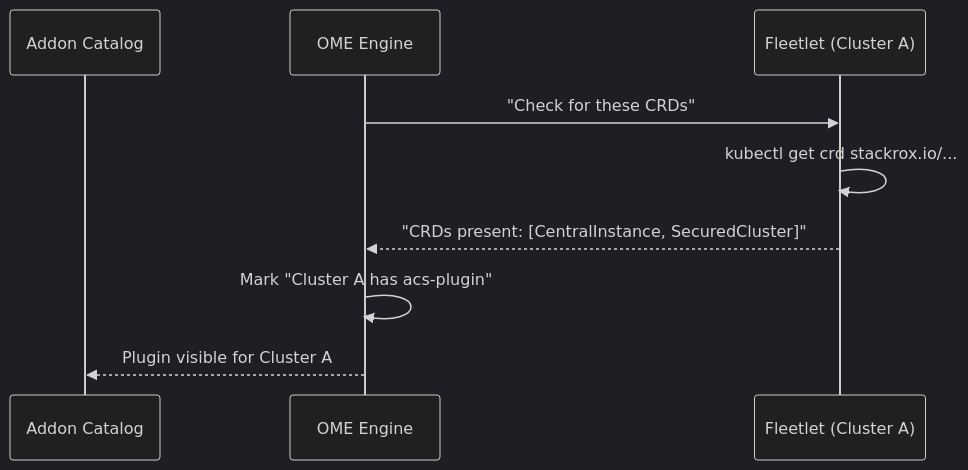
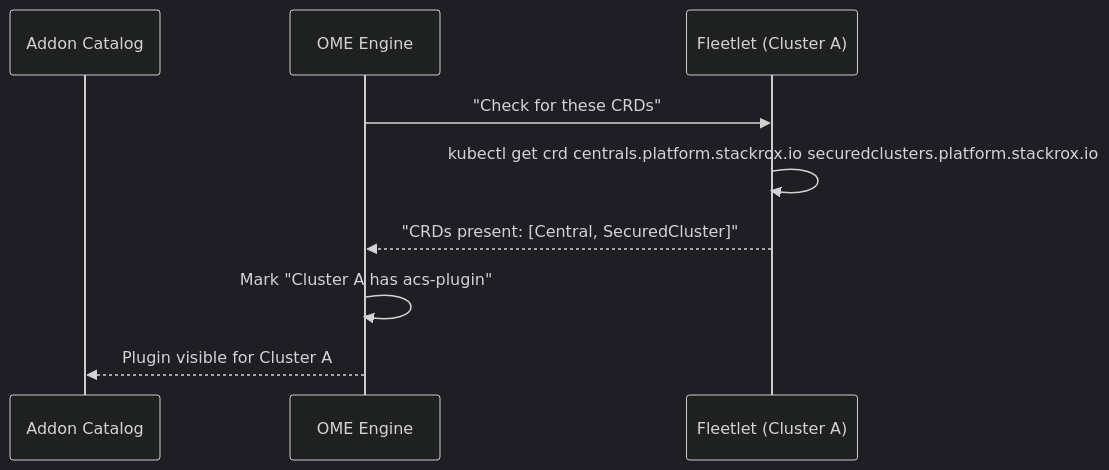
Before and after one commit to fleetshift/fleetshift-poc: the tenth of 11 diagrams in docs/design/addon-ui-architecture.md, drawn with Mermaid (dark theme). The commit also changed other lines of this file and 9 other files, not shown here.

````diff
--- a/docs/design/addon-ui-architecture.md
+++ b/docs/design/addon-ui-architecture.md
@@ -745,12 +746,12 @@
 ```mermaid
 sequenceDiagram
     participant Catalog as Addon Catalog
     participant OME as OME Engine
     participant Fleetlet as Fleetlet (Cluster A)
 
     OME->>Fleetlet: "Check for these CRDs"
-    Fleetlet->>Fleetlet: kubectl get crd stackrox.io/...
-    Fleetlet-->>OME: "CRDs present: [CentralInstance, SecuredCluster]"
+    Fleetlet->>Fleetlet: kubectl get crd centrals.platform.stackrox.io securedclusters.platform.stackrox.io
+    Fleetlet-->>OME: "CRDs present: [Central, SecuredCluster]"
     OME->>OME: Mark "Cluster A has acs-plugin"
     OME-->>Catalog: Plugin visible for Cluster A
 ```
````
